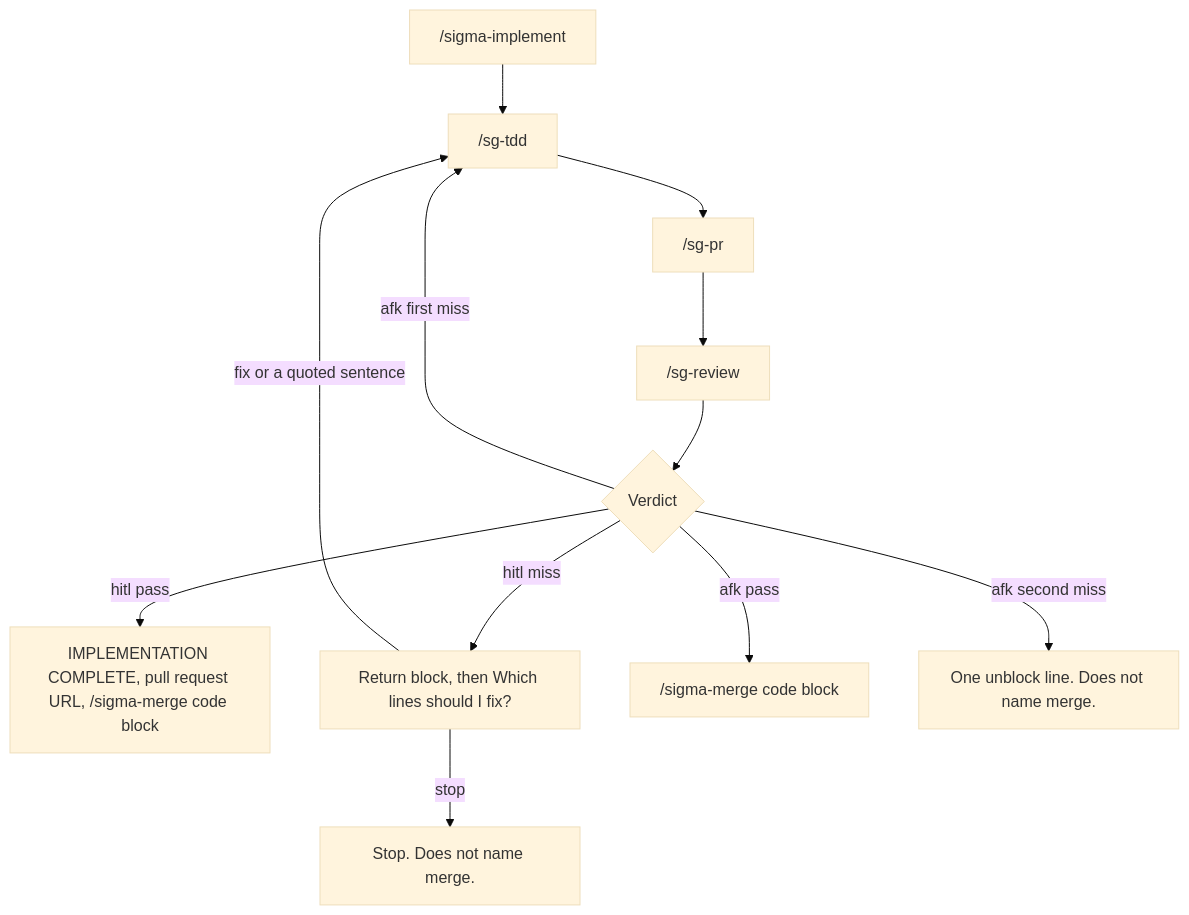
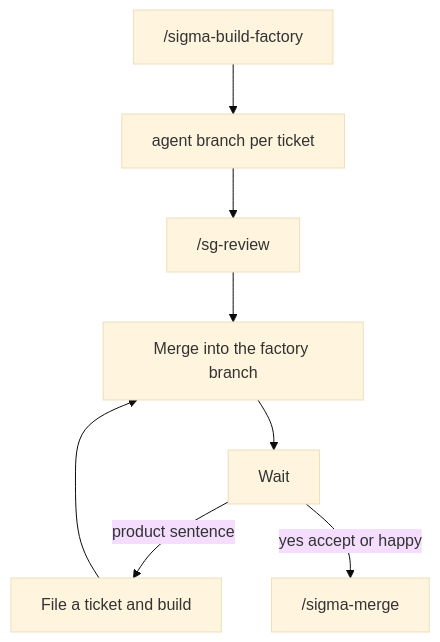
The third of 3 diagrams in README.md (sigma-michael/sigma-build-factory), drawn with Mermaid (base theme) before and after one commit. The commit also changed other lines of this file and 11 other files, not shown here.

````diff
--- a/README.md
+++ b/README.md
@@ -87,14 +87,10 @@
 ```mermaid
 flowchart TD
-  impl["/sigma-implement"] --> tdd["/sg-tdd"]
-  tdd --> pr["/sg-pr"]
-  pr --> review["/sg-review"]
-  review --> verdict{Verdict}
-  verdict -->|hitl pass| hitlpass["IMPLEMENTATION COMPLETE, pull request URL, /sigma-merge code block"]
-  verdict -->|hitl miss| ask["Return block, then Which lines should I fix?"]
-  ask -->|fix or a quoted sentence| tdd
-  ask -->|stop| stop["Stop. Does not name merge."]
-  verdict -->|afk first miss| tdd
-  verdict -->|afk pass| next["/sigma-merge code block"]
-  verdict -->|afk second miss| unblock["One unblock line. Does not name merge."]
+  factory["/sigma-build-factory"] --> agent["agent branch per ticket"]
+  agent --> review["/sg-review"]
+  review --> back["Merge into the factory branch"]
+  back --> wait[Wait]
+  wait -->|product sentence| filed["File a ticket and build"]
+  filed --> back
+  wait -->|yes accept or happy| merge["/sigma-merge"]
 ```
````
